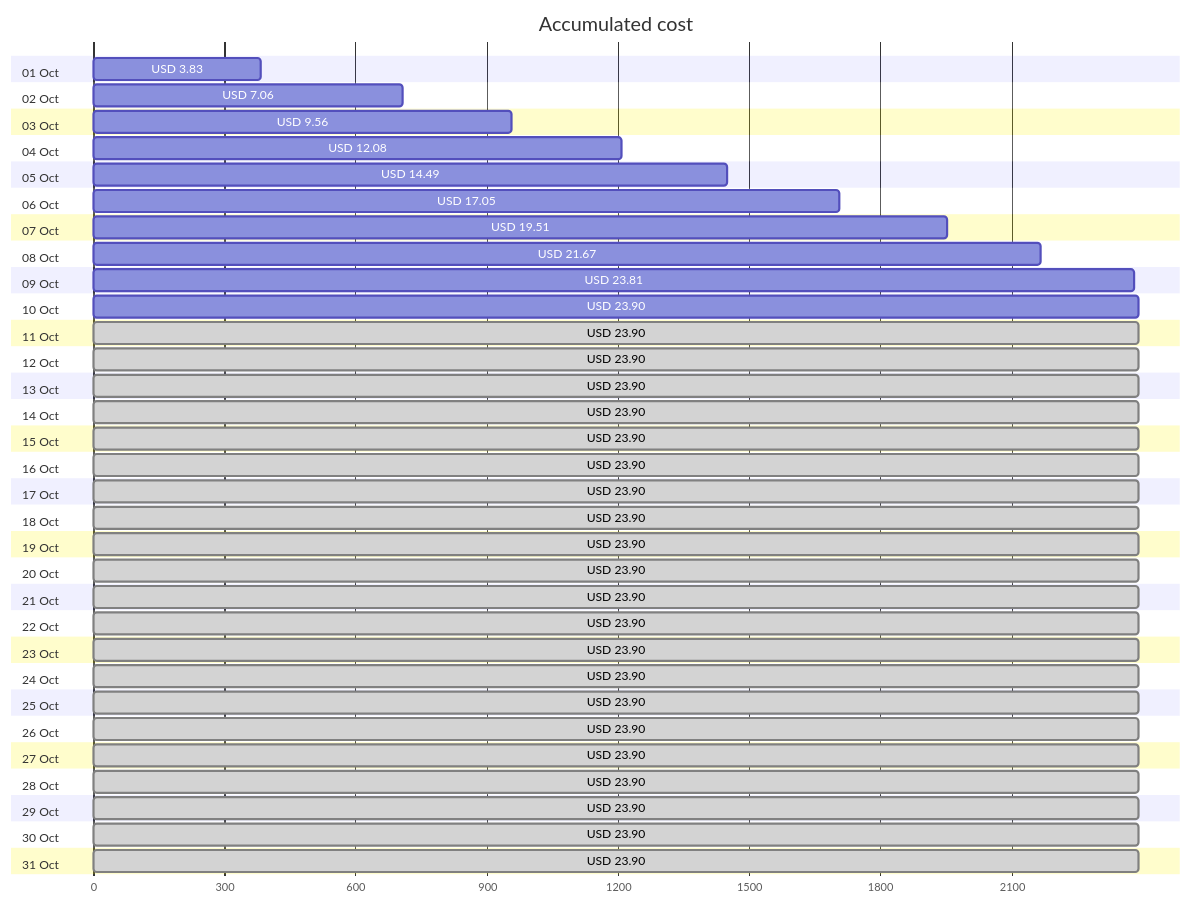
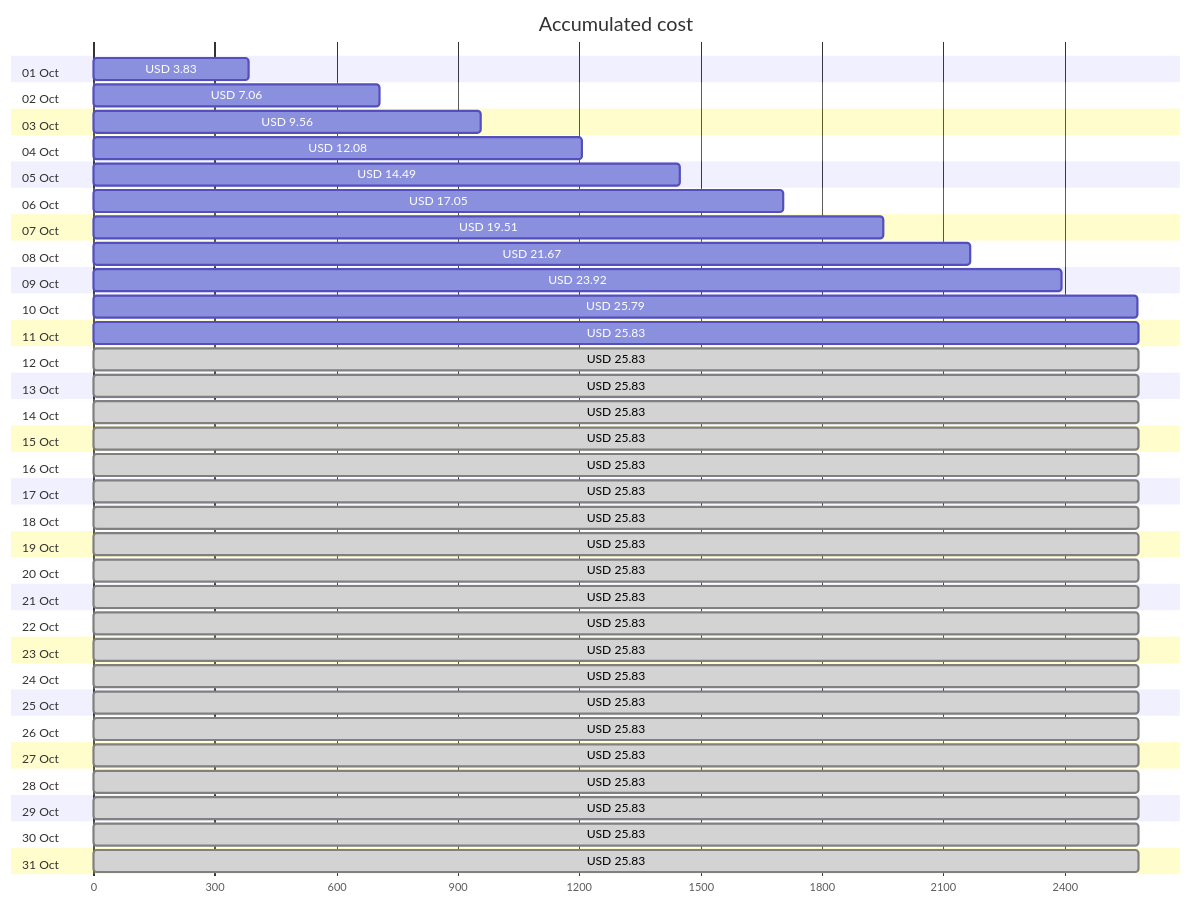
Before and after one commit to jpfulton/azure-personal-reports: the first of 4 diagrams in cost-reports/accumulated-cost.md, drawn with Mermaid. The commit also changed other lines of this file and 4 other files, not shown here.

````diff
--- a/cost-reports/accumulated-cost.md
+++ b/cost-reports/accumulated-cost.md
@@ -20,68 +20,68 @@
 ```mermaid
 gantt
    title Accumulated cost
    dateFormat  X
    axisFormat %s
    section 01 Oct
    USD 3.83 :0, 383
    section 02 Oct
    USD 7.06 :0, 706
    section 03 Oct
    USD 9.56 :0, 956
    section 04 Oct
    USD 12.08 :0, 1208
    section 05 Oct
    USD 14.49 :0, 1449
    section 06 Oct
    USD 17.05 :0, 1705
    section 07 Oct
    USD 19.51 :0, 1951
    section 08 Oct
    USD 21.67 :0, 2167
    section 09 Oct
-   USD 23.81 :0, 2381
+   USD 23.92 :0, 2392
    section 10 Oct
-   USD 23.90 :0, 2390
+   USD 25.79 :0, 2579
    section 11 Oct
-   USD 23.90 : done, 0, 2390
+   USD 25.83 :0, 2583
    section 12 Oct
-   USD 23.90 : done, 0, 2390
+   USD 25.83 : done, 0, 2583
    section 13 Oct
-   USD 23.90 : done, 0, 2390
+   USD 25.83 : done, 0, 2583
    section 14 Oct
-   USD 23.90 : done, 0, 2390
+   USD 25.83 : done, 0, 2583
    section 15 Oct
-   USD 23.90 : done, 0, 2390
+   USD 25.83 : done, 0, 2583
    section 16 Oct
-   USD 23.90 : done, 0, 2390
+   USD 25.83 : done, 0, 2583
    section 17 Oct
-   USD 23.90 : done, 0, 2390
+   USD 25.83 : done, 0, 2583
    section 18 Oct
-   USD 23.90 : done, 0, 2390
+   USD 25.83 : done, 0, 2583
    section 19 Oct
-   USD 23.90 : done, 0, 2390
+   USD 25.83 : done, 0, 2583
    section 20 Oct
-   USD 23.90 : done, 0, 2390
+   USD 25.83 : done, 0, 2583
    section 21 Oct
-   USD 23.90 : done, 0, 2390
+   USD 25.83 : done, 0, 2583
    section 22 Oct
-   USD 23.90 : done, 0, 2390
+   USD 25.83 : done, 0, 2583
    section 23 Oct
-   USD 23.90 : done, 0, 2390
+   USD 25.83 : done, 0, 2583
    section 24 Oct
-   USD 23.90 : done, 0, 2390
+   USD 25.83 : done, 0, 2583
    section 25 Oct
-   USD 23.90 : done, 0, 2390
+   USD 25.83 : done, 0, 2583
    section 26 Oct
-   USD 23.90 : done, 0, 2390
+   USD 25.83 : done, 0, 2583
    section 27 Oct
-   USD 23.90 : done, 0, 2390
+   USD 25.83 : done, 0, 2583
    section 28 Oct
-   USD 23.90 : done, 0, 2390
+   USD 25.83 : done, 0, 2583
    section 29 Oct
-   USD 23.90 : done, 0, 2390
+   USD 25.83 : done, 0, 2583
    section 30 Oct
-   USD 23.90 : done, 0, 2390
+   USD 25.83 : done, 0, 2583
    section 31 Oct
-   USD 23.90 : done, 0, 2390
+   USD 25.83 : done, 0, 2583
 ```
````
